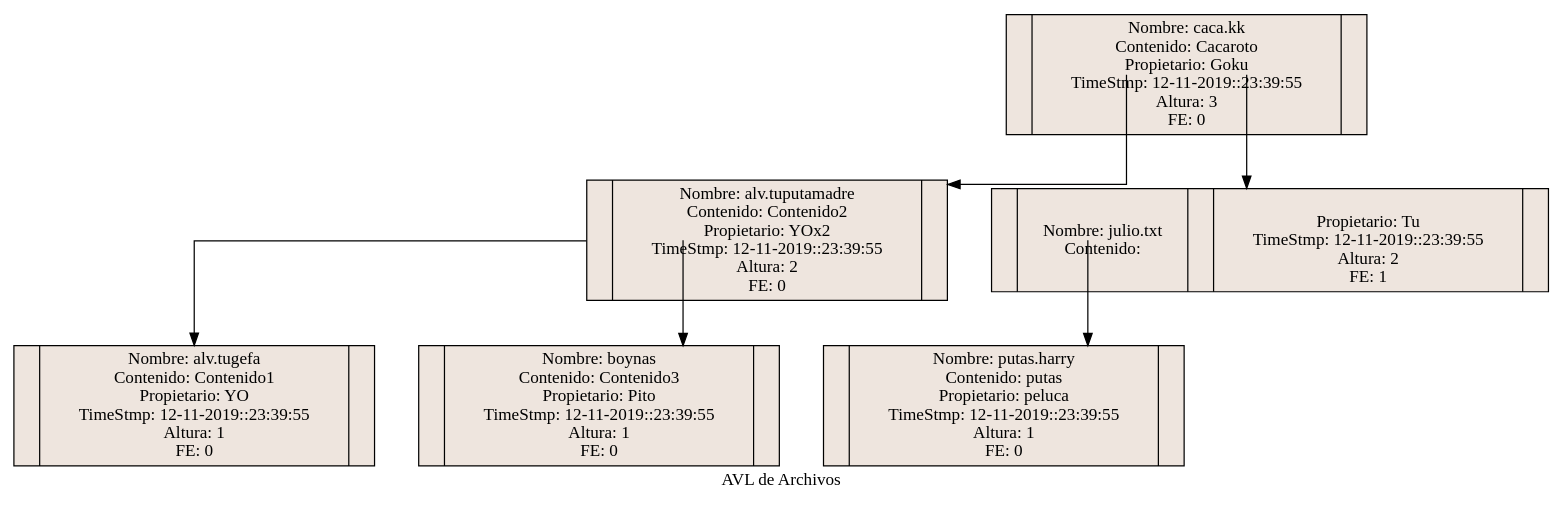
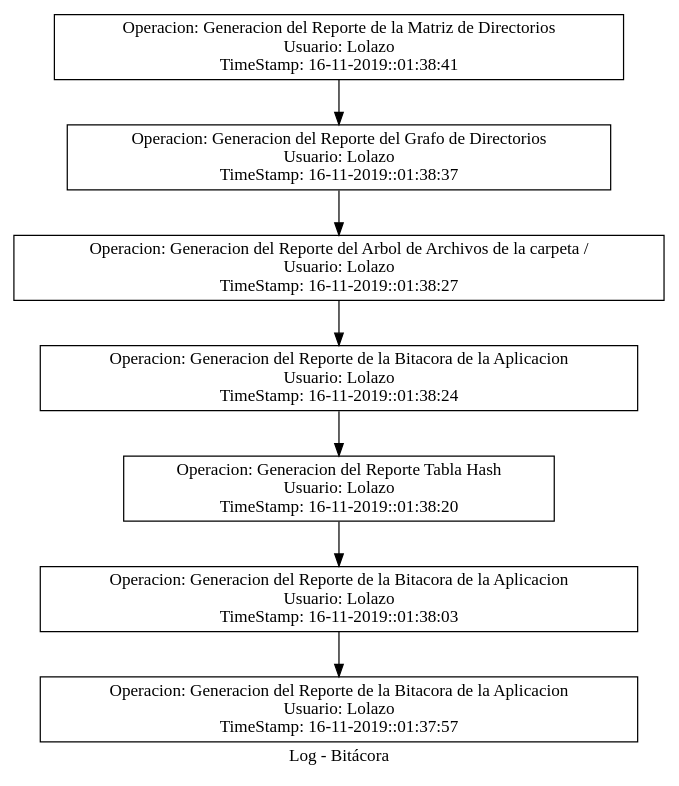
One commit to Douglas-Martinez/EDD_2S2019_PY2_201603168 changed the diagram in Proyecto2_2/build/classes/Reportes/log.dot. Above: the diagram before and after it, drawn with Graphviz. The commit also changed 74 other files, not shown here.

```diff
--- a/Proyecto2_2/build/classes/Reportes/log.dot
+++ b/Proyecto2_2/build/classes/Reportes/log.dot
@@ -1,26 +1,25 @@
-digraph avl {
+digraph pila{ 
+	node[shape=record];
 
-	graph[splines=ortho, nodesep=0.5];
+	graph[pencolor=transparent];
 
-	node[shape=record, style=filled, fillcolor=seashell2];
+	rankdir=TB;
 
-	1289696681[label="<C0>|Nombre: caca.kk\nContenido: Cacaroto\nPropietario: Goku\nTimeStmp: 12-11-2019::23:39:55\nAltura: 3\nFE: 0|<C1>"];
-	1285044316[label="<C0>|Nombre: alv.tuputamadre\nContenido: Contenido2\nPropietario: YOx2\nTimeStmp: 12-11-2019::23:39:55\nAltura: 2\nFE: 0|<C1>"];
-	1607460018[label="<C0>|Nombre: alv.tugefa\nContenido: Contenido1\nPropietario: YO\nTimeStmp: 12-11-2019::23:39:55\nAltura: 1\nFE: 0|<C1>"];
-	1811075214[label="<C0>|Nombre: boynas\nContenido: Contenido3\nPropietario: Pito\nTimeStmp: 12-11-2019::23:39:55\nAltura: 1\nFE: 0|<C1>"];
-	1588970020[label="<C0>|Nombre: julio.txt\nContenido: |   |\nPropietario: Tu\nTimeStmp: 12-11-2019::23:39:55\nAltura: 2\nFE: 1|<C1>"];
-	1407343478[label="<C0>|Nombre: putas.harry\nContenido: putas\nPropietario: peluca\nTimeStmp: 12-11-2019::23:39:55\nAltura: 1\nFE: 0|<C1>"];
+	645032495[label="Operacion: Generacion del Reporte de la Matriz de Directorios\nUsuario: Lolazo\nTimeStamp: 16-11-2019::01:38:41"];
+
+	1807496069[label="Operacion: Generacion del Reporte del Grafo de Directorios\nUsuario: Lolazo\nTimeStamp: 16-11-2019::01:38:37"];
+
+	643452761[label="Operacion: Generacion del Reporte del Arbol de Archivos de la carpeta /\nUsuario: Lolazo\nTimeStamp: 16-11-2019::01:38:27"];
+
+	780640503[label="Operacion: Generacion del Reporte de la Bitacora de la Aplicacion\nUsuario: Lolazo\nTimeStamp: 16-11-2019::01:38:24"];
+
+	1541965201[label="Operacion: Generacion del Reporte Tabla Hash\nUsuario: Lolazo\nTimeStamp: 16-11-2019::01:38:20"];
+
+	1350120932[label="Operacion: Generacion del Reporte de la Bitacora de la Aplicacion\nUsuario: Lolazo\nTimeStamp: 16-11-2019::01:38:03"];
+
+	460211370[label="Operacion: Generacion del Reporte de la Bitacora de la Aplicacion\nUsuario: Lolazo\nTimeStamp: 16-11-2019::01:37:57"];
 
 
+	645032495->1807496069->643452761->780640503->1541965201->1350120932->460211370;
 
-1289696681:C0->1285044316;
-
-1289696681:C0->1588970020;
-
-1285044316:C0->1607460018;
-
-1285044316:C0->1811075214;
-
-1588970020:C0->1407343478;
-
-	label = "AVL de Archivos"}
+	label = "Log - Bitácora"}
```
